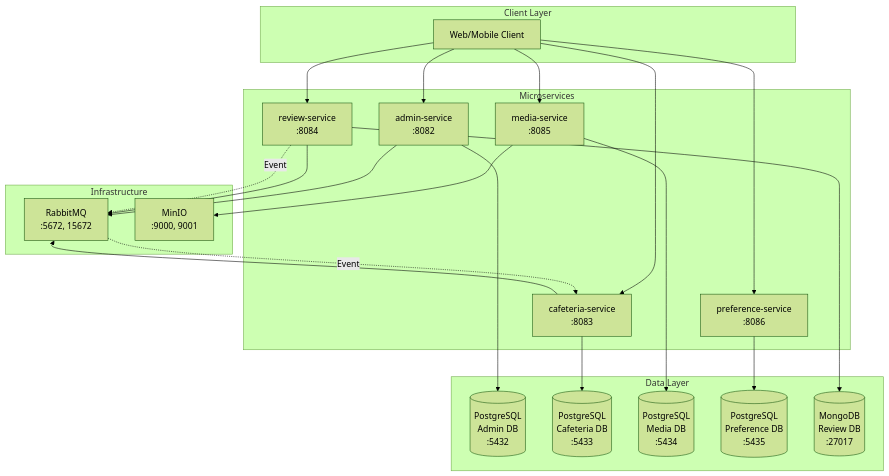
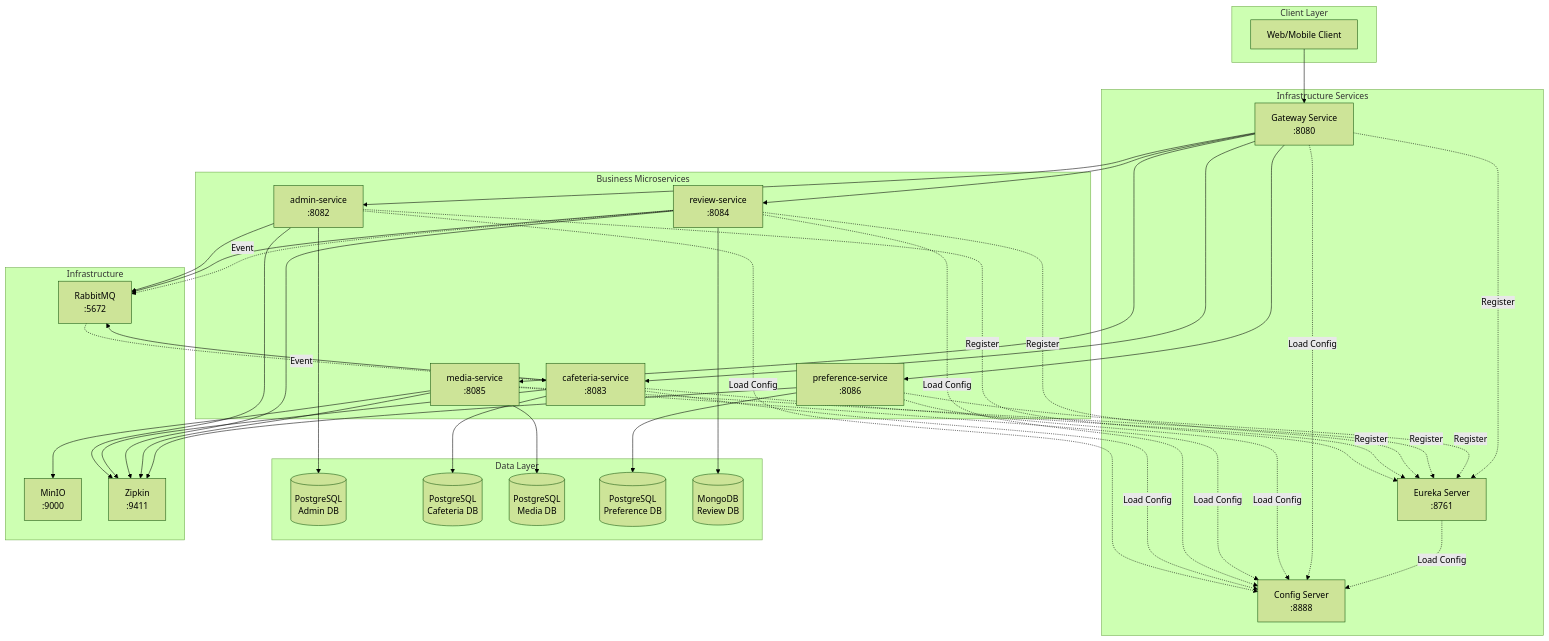
One commit to SWE5006-Group-7/NUSHungry-Backend changed the diagram in README.md. Above: the diagram before and after it, drawn with Mermaid (forest theme). The commit also changed other lines of this file and 17 other files, not shown here.

````diff
--- a/README.md
+++ b/README.md
@@ -19,46 +19,75 @@
 ```mermaid
 graph TB
     subgraph "Client Layer"
         Client[Web/Mobile Client]
     end
     
-    subgraph "Microservices"
+    subgraph "Infrastructure Services"
+        Gateway[Gateway Service<br/>:8080]
+        Eureka[Eureka Server<br/>:8761]
+        ConfigServer[Config Server<br/>:8888]
+    end
+    
+    subgraph "Business Microservices"
         Admin[admin-service<br/>:8082]
         Cafeteria[cafeteria-service<br/>:8083]
         Review[review-service<br/>:8084]
         Media[media-service<br/>:8085]
         Preference[preference-service<br/>:8086]
     end
     
     subgraph "Data Layer"
-        PG1[(PostgreSQL<br/>Admin DB<br/>:5432)]
-        PG2[(PostgreSQL<br/>Cafeteria DB<br/>:5433)]
-        PG3[(PostgreSQL<br/>Media DB<br/>:5434)]
-        PG4[(PostgreSQL<br/>Preference DB<br/>:5435)]
-        Mongo[(MongoDB<br/>Review DB<br/>:27017)]
+        PG1[(PostgreSQL<br/>Admin DB)]
+        PG2[(PostgreSQL<br/>Cafeteria DB)]
+        PG3[(PostgreSQL<br/>Media DB)]
+        PG4[(PostgreSQL<br/>Preference DB)]
+        Mongo[(MongoDB<br/>Review DB)]
     end
     
     subgraph "Infrastructure"
-        RabbitMQ[RabbitMQ<br/>:5672, 15672]
-        MinIO[MinIO<br/>:9000, 9001]
+        RabbitMQ[RabbitMQ<br/>:5672]
+        MinIO[MinIO<br/>:9000]
+        Zipkin[Zipkin<br/>:9411]
     end
     
-    Client --> Admin
-    Client --> Cafeteria
-    Client --> Review
-    Client --> Media
-    Client --> Preference
+    Client --> Gateway
+    Gateway --> Admin
+    Gateway --> Cafeteria
+    Gateway --> Review
+    Gateway --> Media
+    Gateway --> Preference
+    
+    Admin -.Register.-> Eureka
+    Cafeteria -.Register.-> Eureka
+    Review -.Register.-> Eureka
+    Media -.Register.-> Eureka
+    Preference -.Register.-> Eureka
+    Gateway -.Register.-> Eureka
+    
+    Admin -.Load Config.-> ConfigServer
+    Cafeteria -.Load Config.-> ConfigServer
+    Review -.Load Config.-> ConfigServer
+    Media -.Load Config.-> ConfigServer
+    Preference -.Load Config.-> ConfigServer
+    Gateway -.Load Config.-> ConfigServer
+    Eureka -.Load Config.-> ConfigServer
     
     Admin --> PG1
     Admin --> RabbitMQ
     Cafeteria --> PG2
     Cafeteria --> RabbitMQ
     Review --> Mongo
     Review --> RabbitMQ
     Media --> PG3
     Media --> MinIO
     Preference --> PG4
     
+    Admin --> Zipkin
+    Cafeteria --> Zipkin
+    Review --> Zipkin
+    Media --> Zipkin
+    Preference --> Zipkin
+    
     Review -.Event.-> RabbitMQ
     RabbitMQ -.Event.-> Cafeteria
 ```
````
